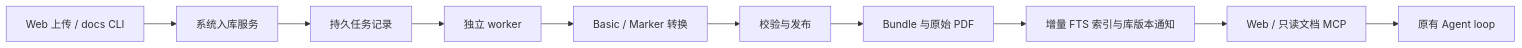
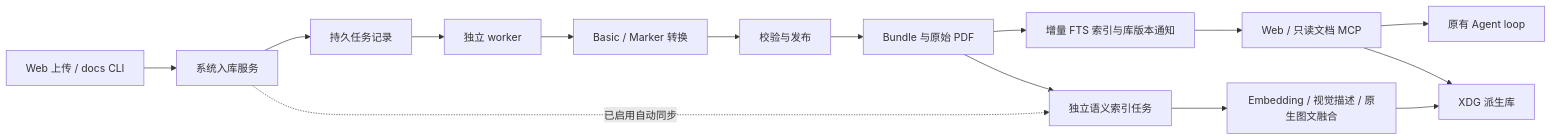
The diagram in docs/deepdocx-ingest.md (wpx147258/DeepCodocx), drawn with Mermaid before and after one commit. The commit also changed other lines of this file and 77 other files, not shown here.

````diff
--- a/docs/deepdocx-ingest.md
+++ b/docs/deepdocx-ingest.md
@@ -73,12 +77,17 @@
 ```mermaid
 flowchart LR
     U[Web 上传 / docs CLI] --> S[系统入库服务]
     S --> J[持久任务记录]
     J --> W[独立 worker]
     W --> B[Basic / Marker 转换]
     B --> V[校验与发布]
     V --> L[Bundle 与原始 PDF]
     L --> I[增量 FTS 索引与库版本通知]
     I --> R[Web / 只读文档 MCP]
     R --> A[原有 Agent loop]
+    S -. 已启用自动同步 .-> Q[独立语义索引任务]
+    L --> Q
+    Q --> M[Embedding / 视觉描述 / 原生图文融合]
+    M --> D[XDG 派生库]
+    R --> D
 ```
````
